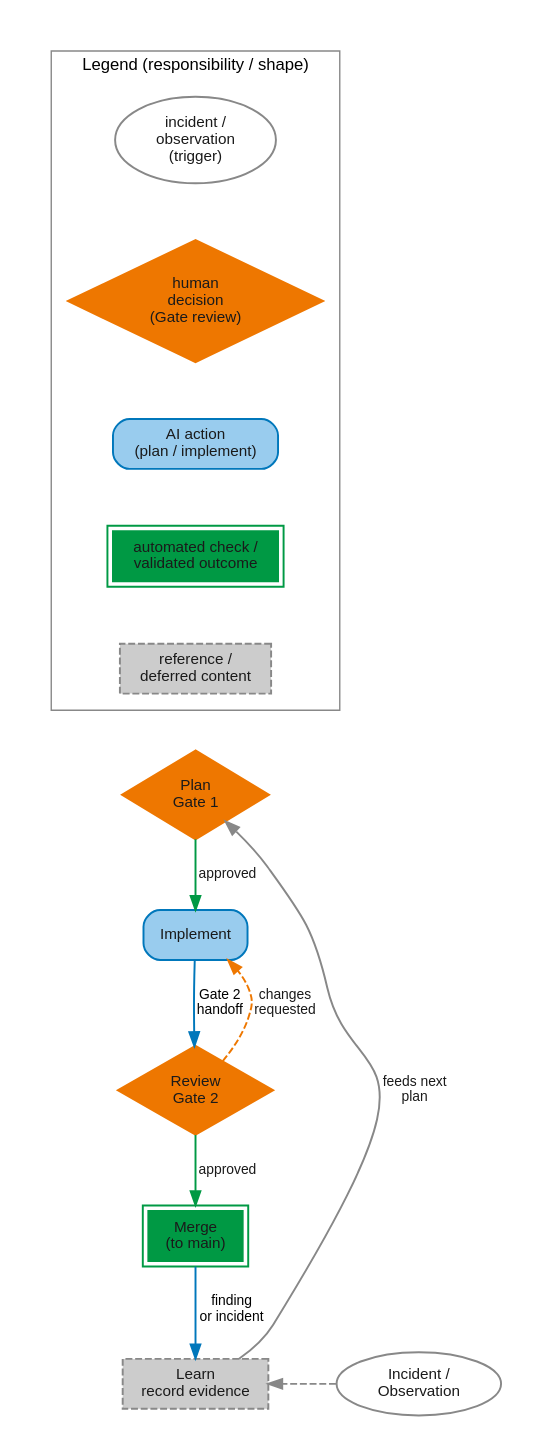
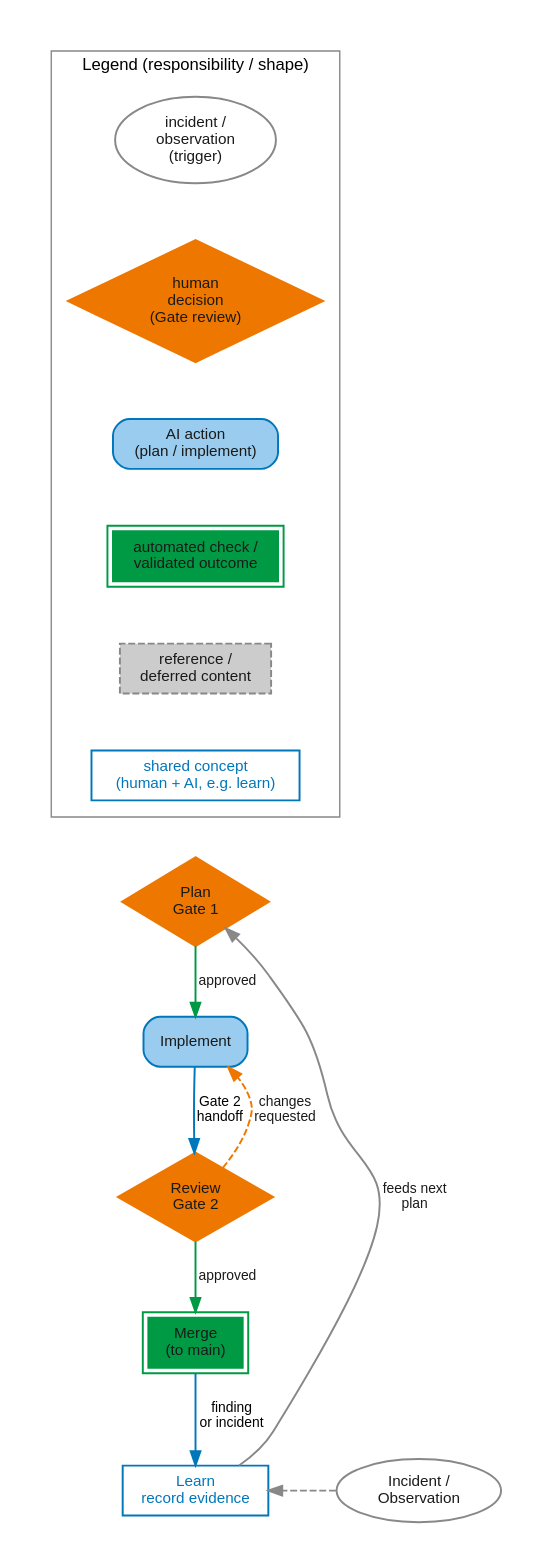
Before and after one commit to janipaijanen/agf-mirror: the diagram in agf/docs/figures/src/governance-loop.dot, drawn with Graphviz. The commit also changed 1 other file, not shown here.

Commit message:
docs: classify learning as a shared figure concept

```diff
--- a/agf/docs/figures/src/governance-loop.dot
+++ b/agf/docs/figures/src/governance-loop.dot
@@ -1,89 +1,92 @@
 // SPDX-License-Identifier: CC-BY-SA-4.0
 // agents-govern: self-applied governance loop
 // Generate: dot -Tsvg governance-loop.dot -o ../governance-loop.svg
 //
 // Semantic responsibility palette: agf/docs/site/reference/palette.md
 // ("Semantic responsibility palette" section). Same contract and shape
 // key as gate-pipeline.dot: fill colour encodes who is responsible for a
 // node (Human decision / AI action / Automated check-validated outcome /
 // Reference-deferred content); shape is a second, colour-independent
 // signal for the same category. This conversion also resolves the
 // cross-figure "one colour, incompatible meanings" defect the visual-
 // semantics audit flagged: amber previously meant both "changes
 // requested" (an edge) and "incident/observation" (a node) in this
 // figure alone; amber is now reserved exclusively for Human decision
 // (the Plan/Gate 1 and Review/Gate 2 nodes), matching gate-pipeline.
 // "Incident / Observation" becomes a neutral start-type ellipse, the
 // same treatment gate-pipeline gives its own "Idea / Request" node --
 // neither is one of the five responsibility categories, both are the
 // loop's external trigger. The prior "(oval shape)" legend-text defect
 // is fixed the same way gate-pipeline's was: the shape key renders real
 // shapes, not words.
 digraph governance_loop {
     graph [rankdir=TB, splines=spline, pad=0.3, nodesep=0.35, ranksep=0.55,
            bgcolor=white, fontname="Helvetica", fontsize=12]
     node  [fontname="Helvetica", fontsize=11, style=filled, shape=box,
            fillcolor="#99CCEE", color="#0077BB", penwidth=1.4]
     edge  [fontname="Helvetica", fontsize=10, color="#0077BB", penwidth=1.4]
 
     // Shape key: identical treatment to gate-pipeline.dot's shape key --
     // real shapes, self-labeled, matching every node treatment this
     // figure actually uses.
     subgraph cluster_shapekey {
         label = "Legend (responsibility / shape)"
         fontname = "Helvetica"
         fontsize = 12
         color = "#888888"
         margin = 12
 
         sk_oval      [label="incident /\nobservation\n(trigger)", shape=ellipse,
                       fillcolor=white, color="#888888", fontcolor="#1A1A1A"]
         sk_diamond   [label="human\ndecision\n(Gate review)", shape=diamond,
                       fillcolor="#EE7700", color="#EE7700", fontcolor="#1A1A1A"]
         sk_ai        [label="AI action\n(plan / implement)",
                       style="filled,rounded", fillcolor="#99CCEE",
                       color="#0077BB", fontcolor="#1A1A1A"]
         sk_automated [label="automated check /\nvalidated outcome",
                       style="filled,bold", peripheries=2, fillcolor="#009944",
                       color="#009944", fontcolor="#1A1A1A"]
         sk_reference [label="reference /\ndeferred content",
                       style="filled,dashed", fillcolor="#CCCCCC",
                       color="#888888", fontcolor="#1A1A1A"]
+        sk_shared    [label="shared concept\n(human + AI, e.g. learn)",
+                      shape=box, style=filled, fillcolor=white,
+                      color="#0077BB", fontcolor="#0077BB"]
 
-        sk_oval -> sk_diamond -> sk_ai -> sk_automated -> sk_reference
+        sk_oval -> sk_diamond -> sk_ai -> sk_automated -> sk_reference -> sk_shared
             [style=invis]
     }
 
     // ── Loop ─────────────────────────────────────────────────────────────
     plan      [label="Plan\nGate 1", shape=diamond, fillcolor="#EE7700",
                color="#EE7700", fontcolor="#1A1A1A"]
     implement [label="Implement", style="filled,rounded",
                fillcolor="#99CCEE", color="#0077BB", fontcolor="#1A1A1A"]
     review    [label="Review\nGate 2", shape=diamond, fillcolor="#EE7700",
                color="#EE7700", fontcolor="#1A1A1A"]
     merge     [label="Merge\n(to main)", style="filled,bold", peripheries=2,
                fillcolor="#009944", color="#009944", fontcolor="#1A1A1A"]
-    learn     [label="Learn\nrecord evidence", style="filled,dashed",
-               fillcolor="#CCCCCC", color="#888888", fontcolor="#1A1A1A"]
+    learn     [label="Learn\nrecord evidence", style=filled,
+               fillcolor=white, color="#0077BB", fontcolor="#0077BB"]
     incident  [label="Incident /\nObservation", shape=ellipse, fillcolor=white,
                color="#888888", fontcolor="#1A1A1A"]
 
     // Stack the shape key above the loop (single narrow column), same
     // technique as gate-pipeline.dot.
-    sk_reference -> plan [style=invis]
+    sk_shared -> plan [style=invis]
 
     plan     -> implement [label="approved", color="#009944",
                            fontcolor="#1A1A1A"]
     implement -> review   [label="Gate 2\nhandoff"]
     review   -> merge     [label="approved", color="#009944",
                            fontcolor="#1A1A1A"]
     review   -> implement [label="changes\nrequested", style=dashed,
                            color="#EE7700", fontcolor="#1A1A1A",
                            constraint=false]
     merge    -> learn     [label="finding\nor incident"]
     incident -> learn     [style=dashed, color="#888888", constraint=false]
     learn    -> plan      [label="feeds next\nplan", color="#888888",
                            fontcolor="#1A1A1A", constraint=false]
 
     { rank=same; incident; learn }
 }
```
